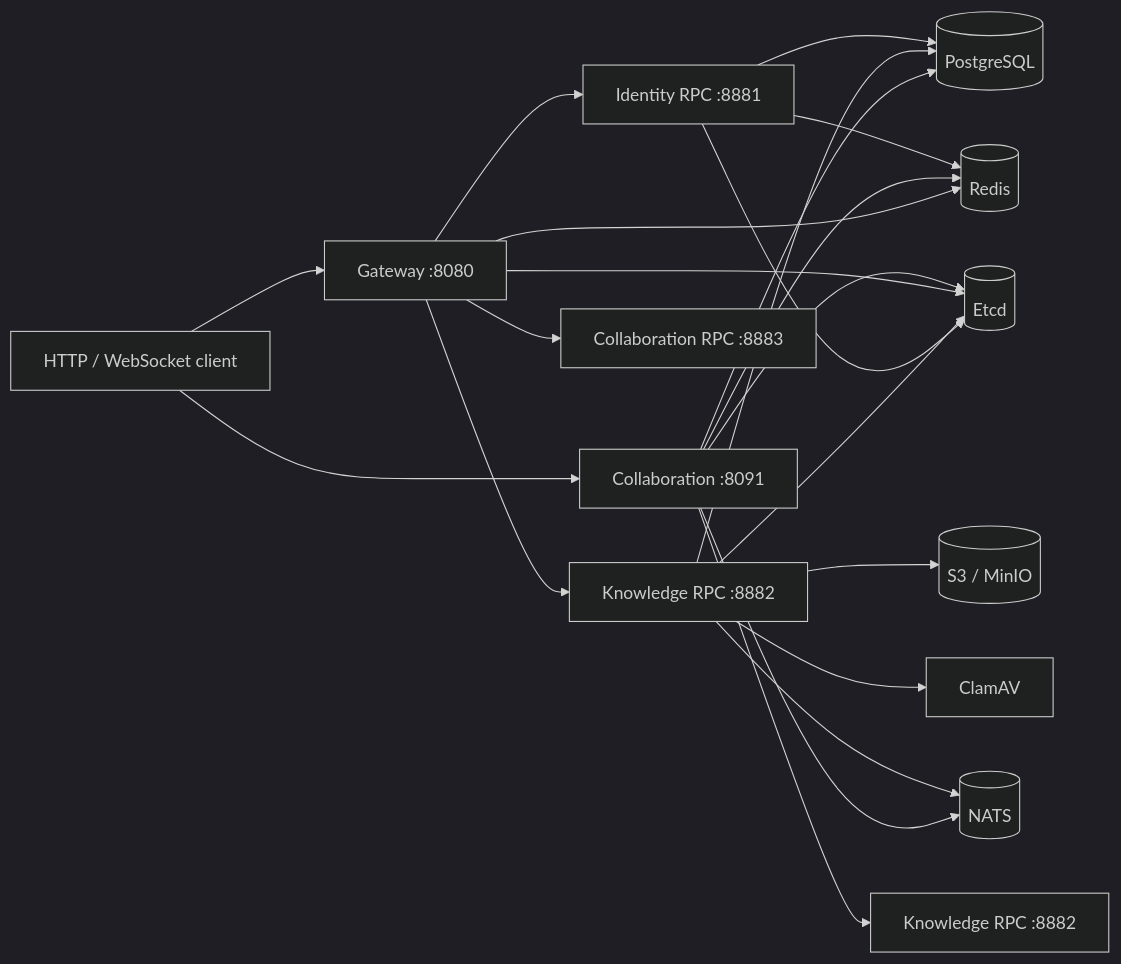
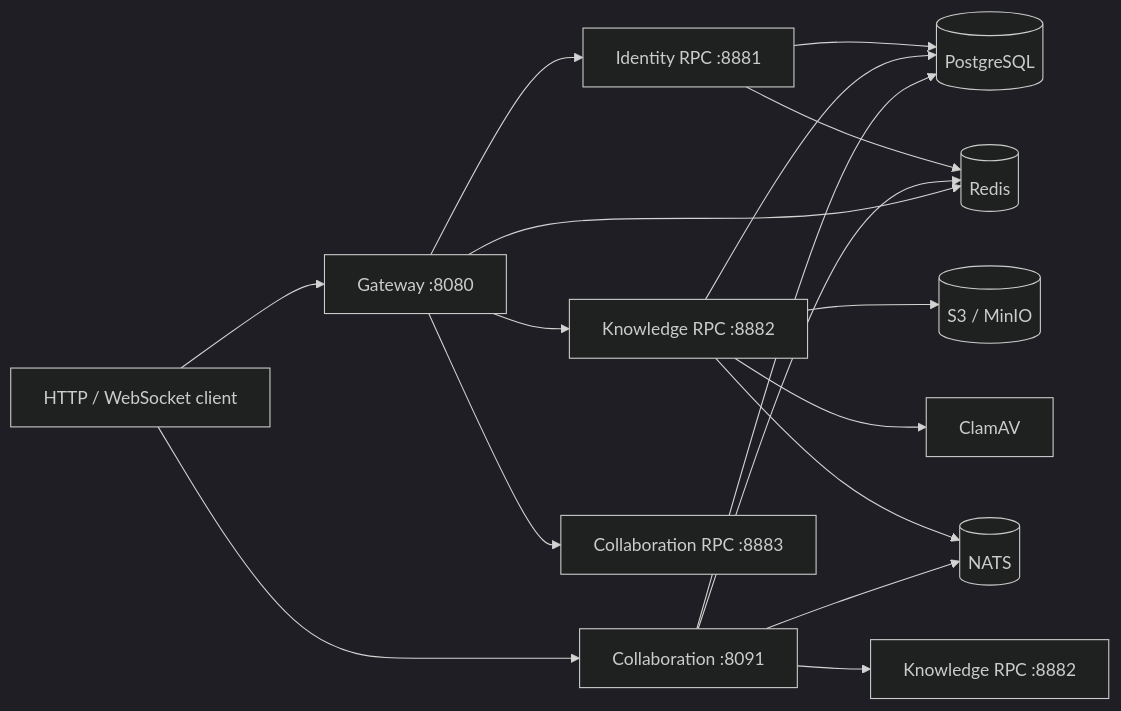
One commit to HappyLadySauceM/Knowledge-Core changed the diagram in README.md. Above: the diagram before and after it, drawn with Mermaid (dark theme). The commit also changed other lines of this file and 59 other files, not shown here.

````diff
--- a/README.md
+++ b/README.md
@@ -67,23 +67,19 @@
 ```mermaid
 flowchart LR
     Client[HTTP / WebSocket client] --> Gateway[Gateway :8080]
     Client --> Collaboration[Collaboration :8091]
     Gateway --> Identity[Identity RPC :8881]
     Gateway --> Knowledge[Knowledge RPC :8882]
     Gateway --> CollaborationRPC[Collaboration RPC :8883]
     Collaboration --> KnowledgeRPC[Knowledge RPC :8882]
     Identity --> PostgreSQL[(PostgreSQL)]
     Identity --> Redis[(Redis)]
     Knowledge --> PostgreSQL
     Knowledge --> S3[(S3 / MinIO)]
     Knowledge --> ClamAV[ClamAV]
     Knowledge --> NATS[(NATS)]
     Collaboration --> PostgreSQL
     Collaboration --> Redis
     Collaboration --> NATS
-    Collaboration --> Etcd
     Gateway --> Redis
-    Gateway --> Etcd[(Etcd)]
-    Identity --> Etcd
-    Knowledge --> Etcd
 ```
````
